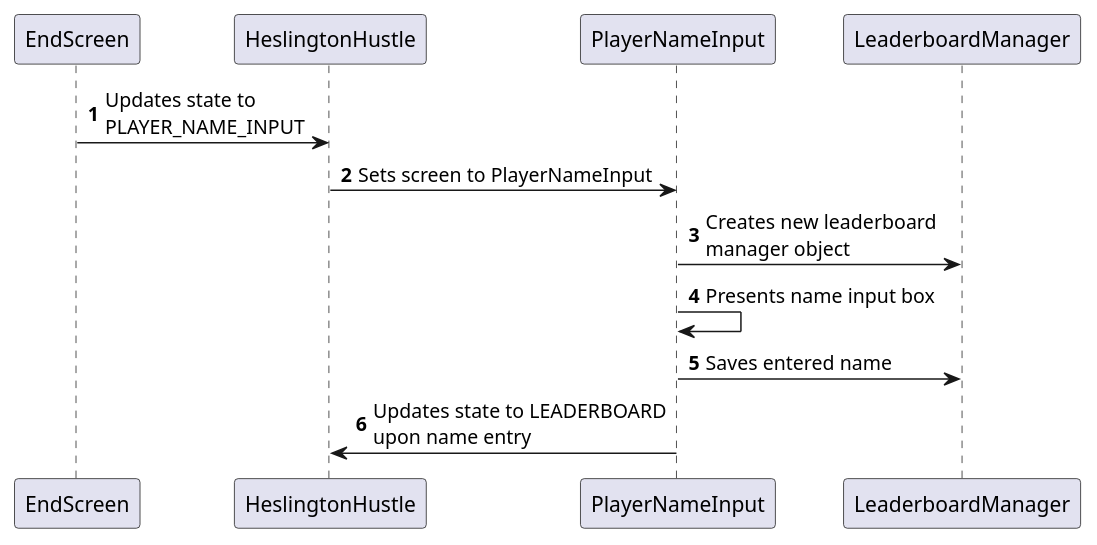
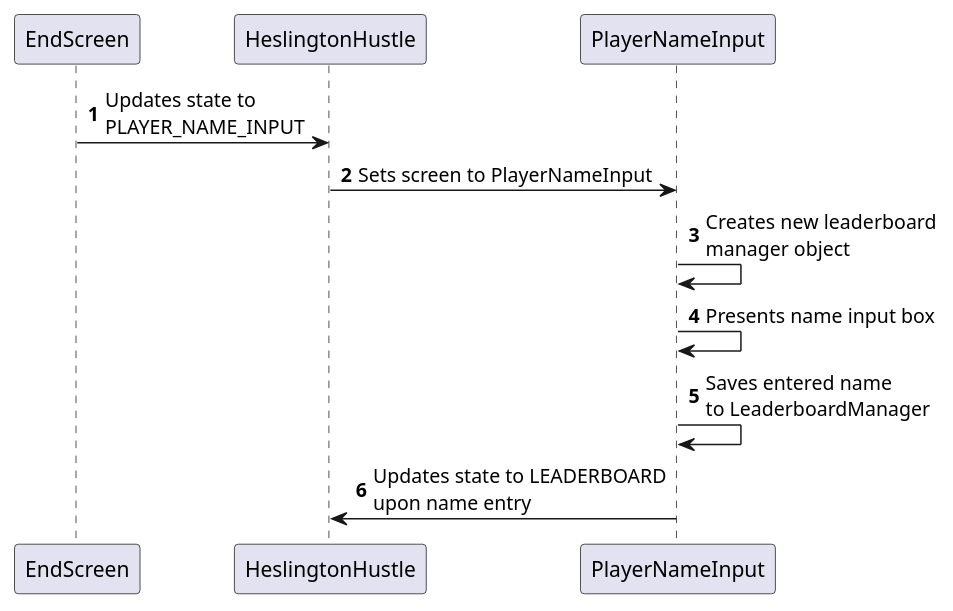
The diagram in uml/PlayerNameInputSequence.puml (uoy-eng1-g6/assessment1), drawn with PlantUML before and after one commit. The commit also changed 1 other file, not shown here.

Commit message:
Slight amendments to sequence diagrams

```diff
--- a/uml/PlayerNameInputSequence.puml
+++ b/uml/PlayerNameInputSequence.puml
@@ -1,12 +1,12 @@
 @startuml
 'https://plantuml.com/sequence-diagram
 
 autonumber
 EndScreen -> HeslingtonHustle: Updates state to\nPLAYER_NAME_INPUT
 HeslingtonHustle -> PlayerNameInput: Sets screen to PlayerNameInput
-PlayerNameInput -> LeaderboardManager: Creates new leaderboard\nmanager object
+PlayerNameInput -> PlayerNameInput: Creates new leaderboard\nmanager object
 PlayerNameInput -> PlayerNameInput: Presents name input box
-PlayerNameInput -> LeaderboardManager: Saves entered name
+PlayerNameInput -> PlayerNameInput: Saves entered name\nto LeaderboardManager
 PlayerNameInput -> HeslingtonHustle: Updates state to LEADERBOARD\nupon name entry
 
 @enduml
```
